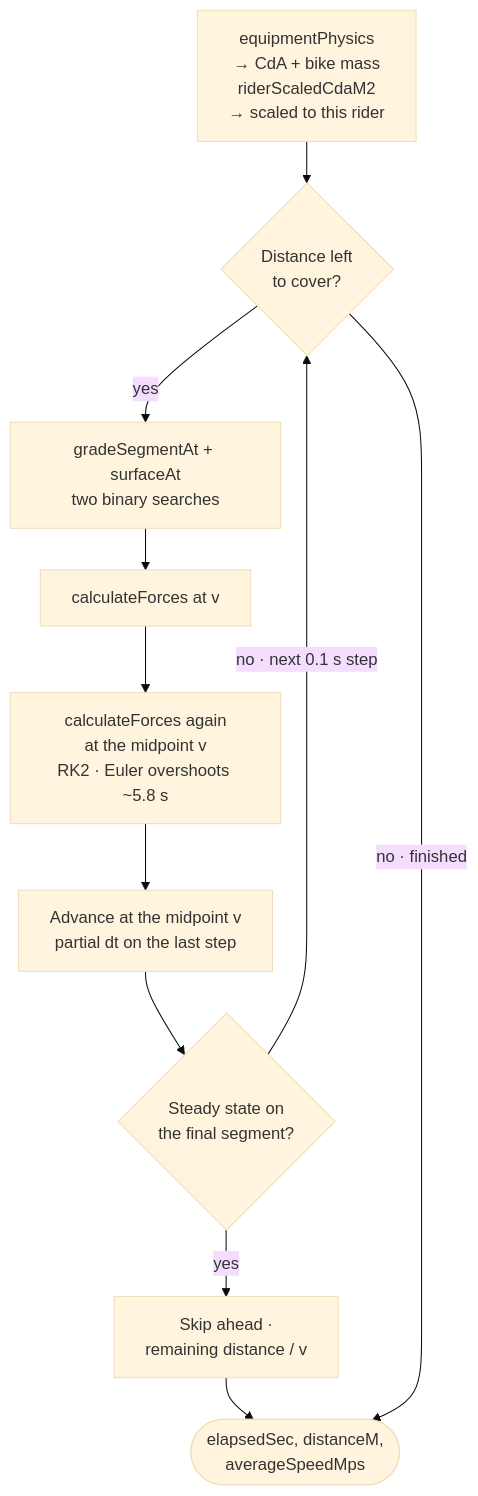
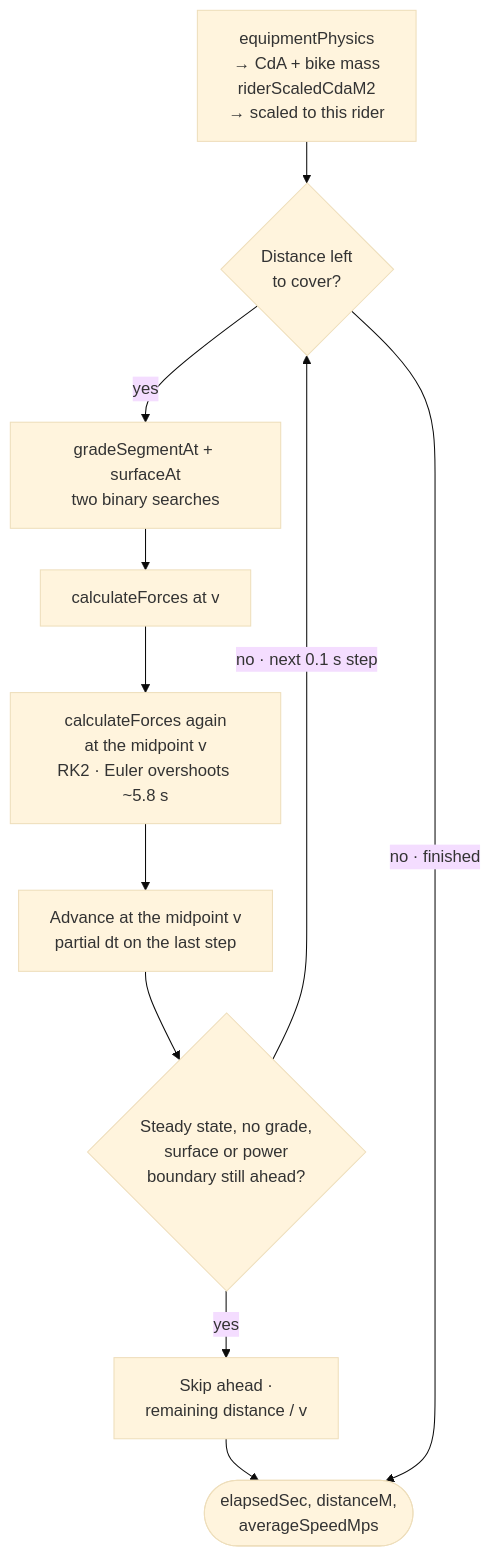
One commit to kjellrg/zwift-bikes changed the second of 5 diagrams in docs/physics-pipeline.md. Above: the diagram before and after it, drawn with Mermaid (base theme). The commit also changed other lines of this file and 2 other files, not shown here.

````diff
--- a/docs/physics-pipeline.md
+++ b/docs/physics-pipeline.md
@@ -127,19 +127,19 @@
 ```mermaid
 %%{ init: { "flowchart": { "nodeSpacing": 30, "rankSpacing": 40 } } }%%
 flowchart TD
     START["equipmentPhysics<br/>→ CdA + bike mass<br/>riderScaledCdaM2<br/>→ scaled to this rider"]
     LOOP{"Distance left<br/>to cover?"}
     LOOKUP["gradeSegmentAt + surfaceAt<br/>two binary searches"]
     F1["calculateForces at v"]
     F2["calculateForces again<br/>at the midpoint v<br/>RK2 · Euler overshoots ~5.8 s"]
     ADV["Advance at the midpoint v<br/>partial dt on the last step"]
-    STEADY{"Steady state on<br/>the final segment?"}
+    STEADY{"Steady state, no grade,<br/>surface or power<br/>boundary still ahead?"}
     COAST["Skip ahead ·<br/>remaining distance / v"]
     DONE(["elapsedSec, distanceM,<br/>averageSpeedMps"])
 
     START --> LOOP
     LOOP -- yes --> LOOKUP --> F1 --> F2 --> ADV --> STEADY
     STEADY -- "no · next 0.1 s step" --> LOOP
     STEADY -- yes --> COAST --> DONE
     LOOP -- "no · finished" --> DONE
 ```
````
